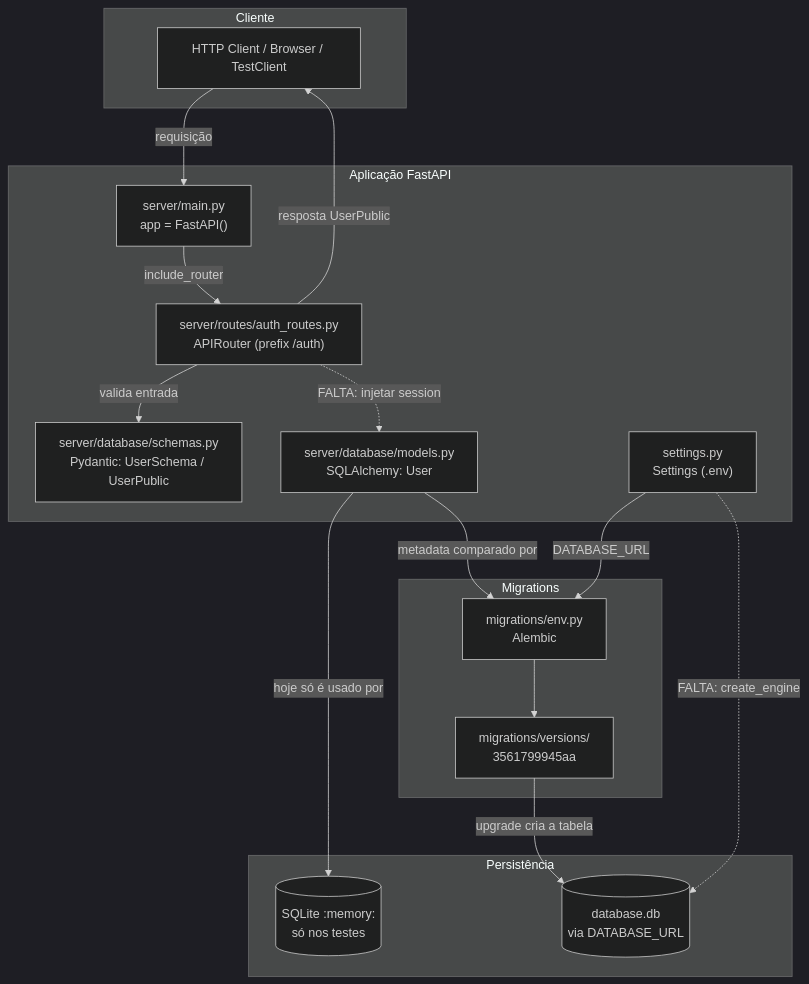
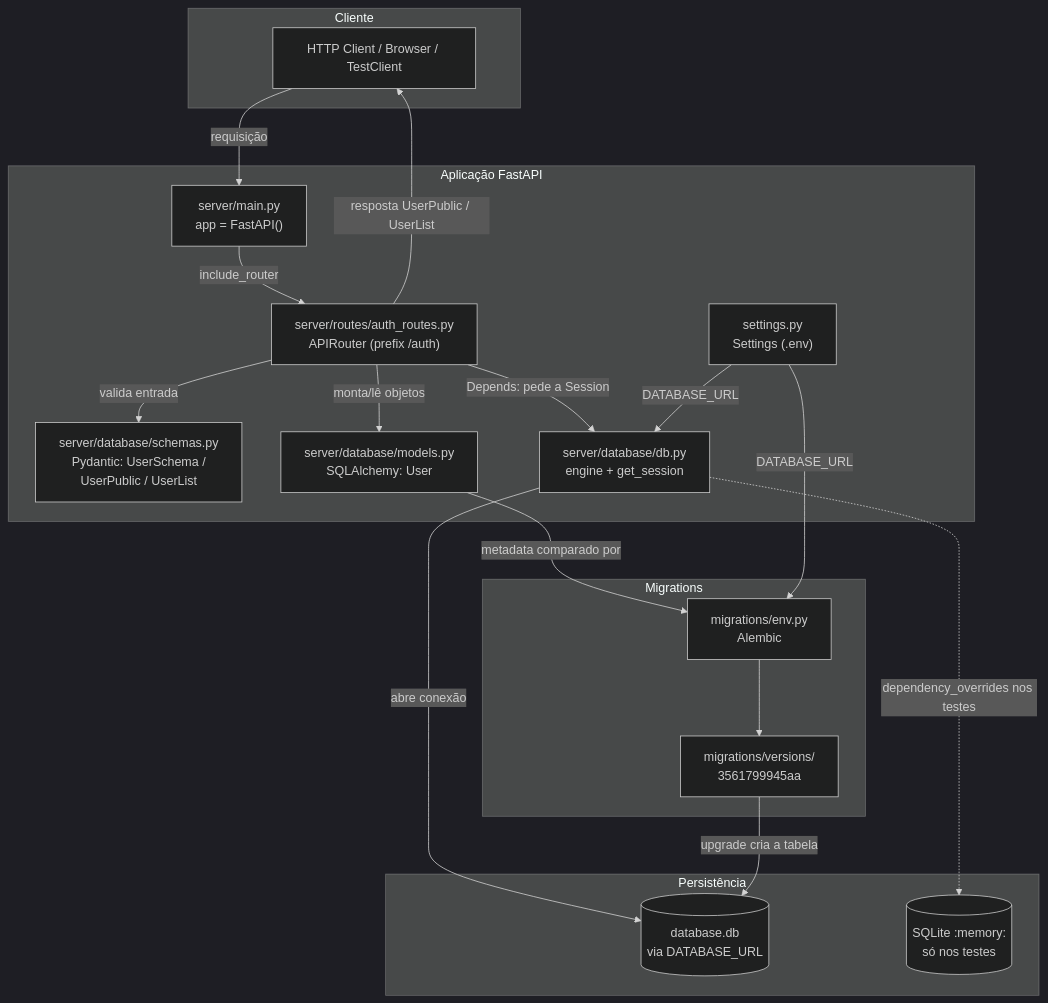
The second of 4 diagrams in docs/resumo-estudos.md (ViniciosMSantos/backend), drawn with Mermaid (dark theme) before and after one commit. The commit also changed other lines of this file and 6 other files, not shown here.

````diff
--- a/docs/resumo-estudos.md
+++ b/docs/resumo-estudos.md
@@ -328,36 +528,39 @@
 ```mermaid
 graph TD
     subgraph Cliente
         C[HTTP Client / Browser / TestClient]
     end
 
     subgraph "Aplicação FastAPI"
         M["server/main.py<br/>app = FastAPI()"]
         R["server/routes/auth_routes.py<br/>APIRouter (prefix /auth)"]
-        S["server/database/schemas.py<br/>Pydantic: UserSchema / UserPublic"]
+        S["server/database/schemas.py<br/>Pydantic: UserSchema /<br/>UserPublic / UserList"]
         MO["server/database/models.py<br/>SQLAlchemy: User"]
+        CN["server/database/db.py<br/>engine + get_session"]
         CFG["settings.py<br/>Settings (.env)"]
     end
 
     subgraph "Migrations"
         AL["migrations/env.py<br/>Alembic"]
         VER["migrations/versions/<br/>3561799945aa"]
     end
 
     subgraph "Persistência"
         DB[("database.db<br/>via DATABASE_URL")]
         TDB[("SQLite :memory:<br/>só nos testes")]
     end
 
     C -->|requisição| M
     M -->|include_router| R
     R -->|valida entrada| S
-    R -->|resposta UserPublic| C
-    R -.->|FALTA: injetar session| MO
-    MO -->|hoje só é usado por| TDB
+    R -->|resposta UserPublic / UserList| C
+    R -->|Depends: pede a Session| CN
+    R -->|monta/lê objetos| MO
+    CN -->|abre conexão| DB
+    CN -.->|dependency_overrides nos testes| TDB
     MO -->|metadata comparado por| AL
+    CFG -->|DATABASE_URL| CN
     CFG -->|DATABASE_URL| AL
     AL --> VER
     VER -->|upgrade cria a tabela| DB
-    CFG -.->|FALTA: create_engine| DB
 ```
````
